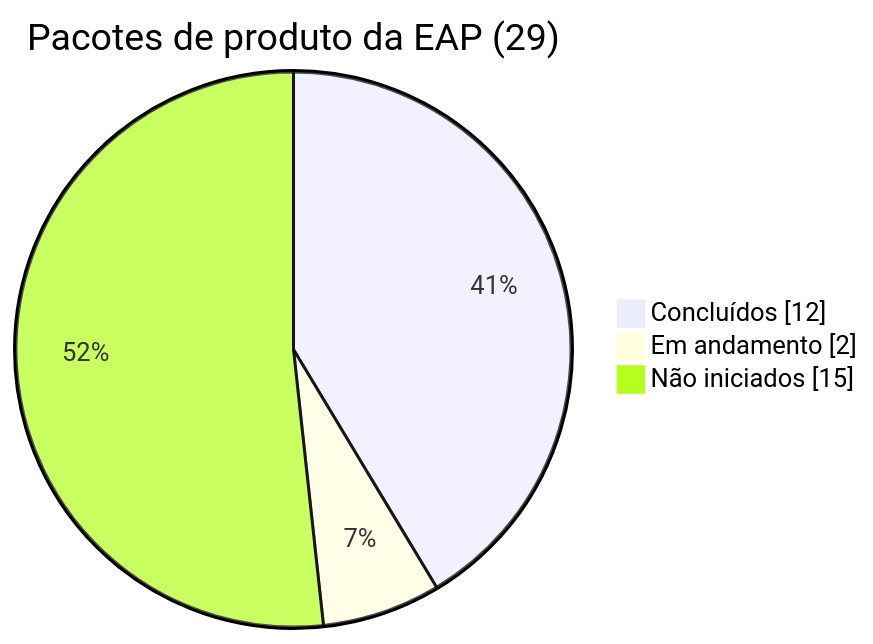
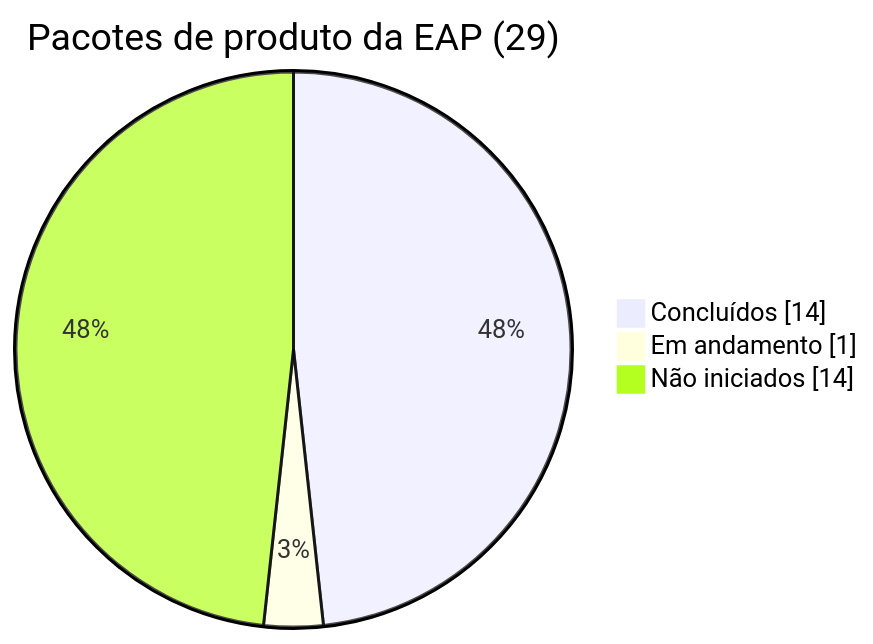
The diagram in docs/gerenciamento/04-Monitoramento-e-Controle/Monitorar-e-Controlar-o-Trabalho.md (LuizMottaX/Gerencia-de-Projetos), drawn with Mermaid before and after one commit. The commit also changed other lines of this file and 7 other files, not shown here.

````diff
--- a/docs/gerenciamento/04-Monitoramento-e-Controle/Monitorar-e-Controlar-o-Trabalho.md
+++ b/docs/gerenciamento/04-Monitoramento-e-Controle/Monitorar-e-Controlar-o-Trabalho.md
@@ -35,6 +35,6 @@
 ```mermaid
 pie showData title Pacotes de produto da EAP (29)
-    "Concluídos" : 12
-    "Em andamento" : 2
-    "Não iniciados" : 15
+    "Concluídos" : 14
+    "Em andamento" : 1
+    "Não iniciados" : 14
 ```
````
